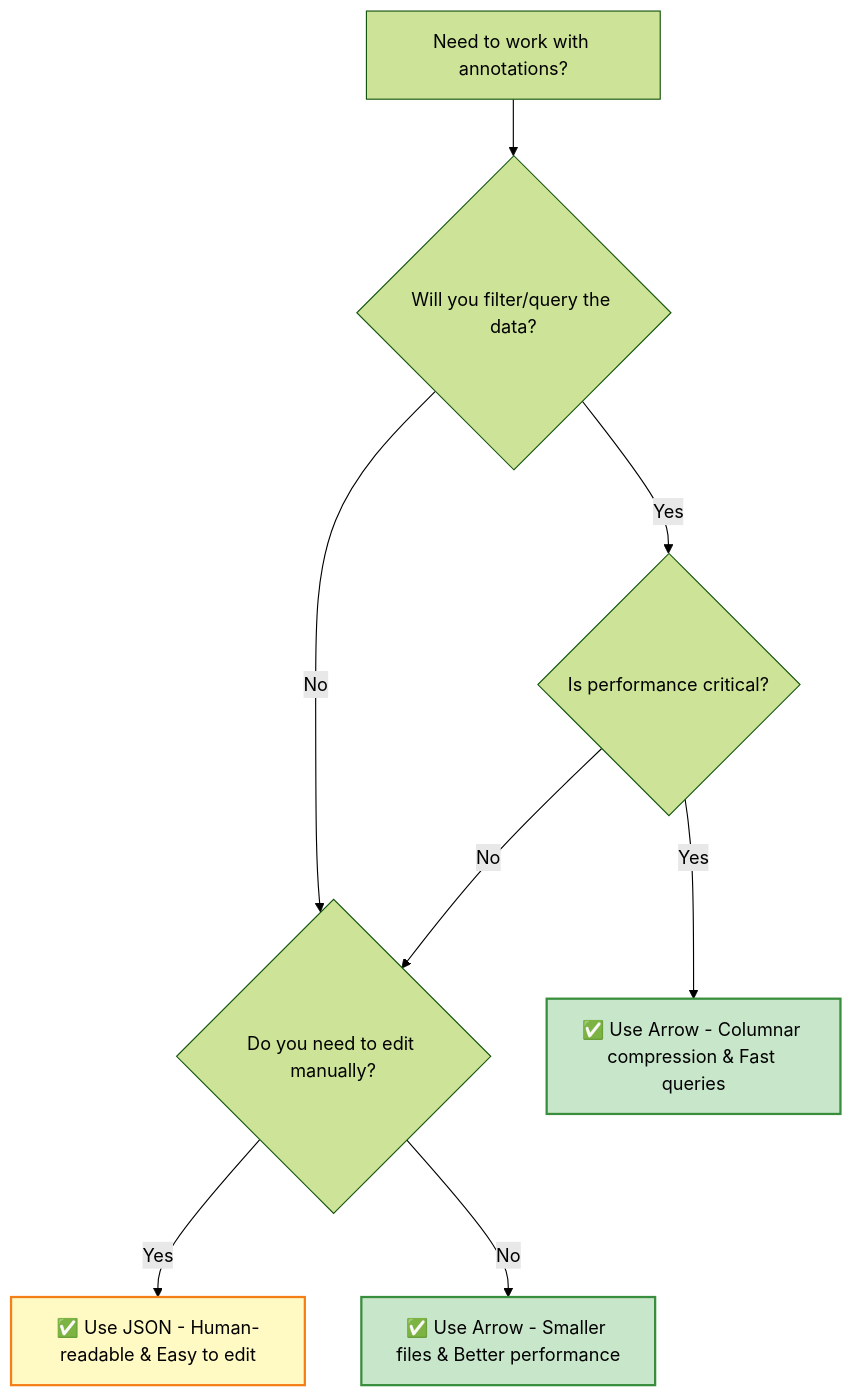
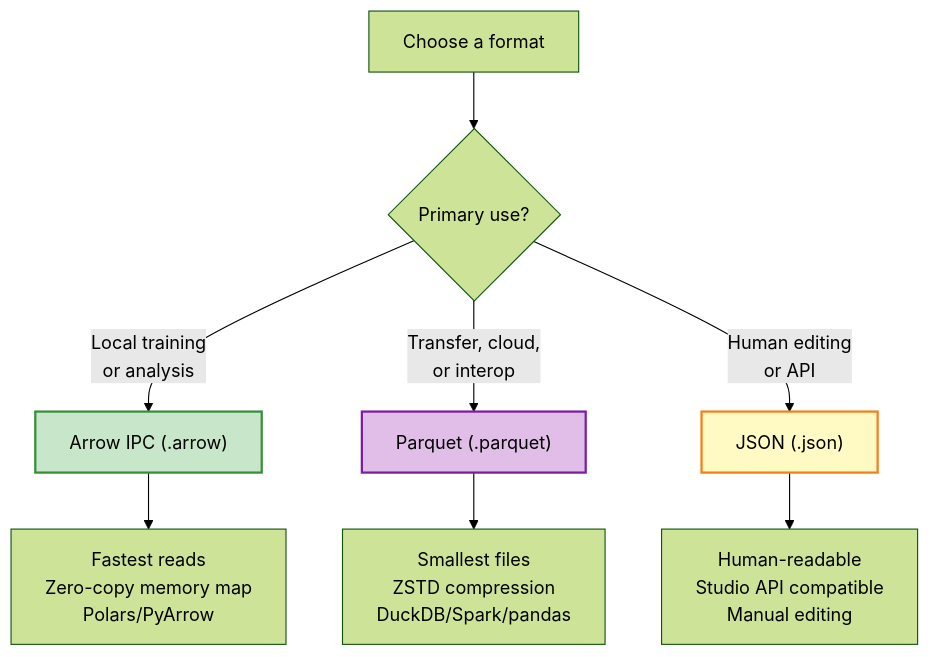
One commit to EdgeFirstAI/documentation changed the second of 2 diagrams in docs/datasets/format/formats.md. Above: the diagram before and after it, drawn with Mermaid (forest theme). The commit also changed other lines of this file and 7 other files, not shown here.

````diff
--- a/docs/datasets/format/formats.md
+++ b/docs/datasets/format/formats.md
@@ -249,17 +169,15 @@
 ```mermaid
 graph TD
-    Start["Need to work with annotations?"] --> Q1{"Will you filter/query the data?"}
-    
-    Q1 -->|Yes| Q2{"Is performance critical?"}
-    Q1 -->|No| Q3{"Do you need to edit manually?"}
-    
-    Q2 -->|Yes| Arrow1["✅ Use Arrow - Columnar compression & Fast queries"]
-    Q2 -->|No| Q3
-    
-    Q3 -->|Yes| JSON["✅ Use JSON - Human-readable & Easy to edit"]
-    Q3 -->|No| Arrow2["✅ Use Arrow - Smaller files & Better performance"]
-    
-    style Arrow1 fill:#c8e6c9,stroke:#388e3c,stroke-width:2px
-    style Arrow2 fill:#c8e6c9,stroke:#388e3c,stroke-width:2px
+    Start["Choose a format"] --> Q1{"Primary use?"}
+    Q1 -->|"Local training<br/>or analysis"| Arrow["Arrow IPC (.arrow)"]
+    Q1 -->|"Transfer, cloud,<br/>or interop"| Parquet["Parquet (.parquet)"]
+    Q1 -->|"Human editing<br/>or API"| JSON["JSON (.json)"]
+
+    Arrow --> Note1["Fastest reads<br/>Zero-copy memory map<br/>Polars/PyArrow"]
+    Parquet --> Note2["Smallest files<br/>ZSTD compression<br/>DuckDB/Spark/pandas"]
+    JSON --> Note3["Human-readable<br/>Studio API compatible<br/>Manual editing"]
+
+    style Arrow fill:#c8e6c9,stroke:#388e3c,stroke-width:2px
+    style Parquet fill:#e1bee7,stroke:#7b1fa2,stroke-width:2px
     style JSON fill:#fff9c4,stroke:#f57f17,stroke-width:2px
 ```
````
